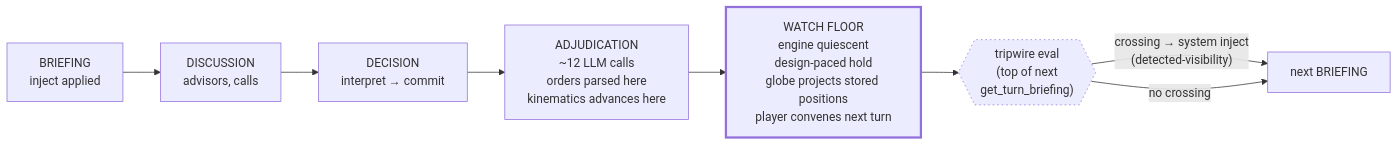
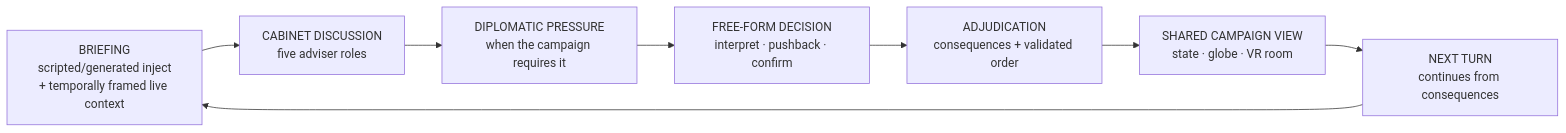
One commit to earlyprototype/false-flag changed the second of 6 diagrams in docs/XR_GLOBE_COMPONENT_MAP.md. Above: the diagram before and after it, drawn with Mermaid. The commit also changed other lines of this file and 50 other files, not shown here.

````diff
--- a/docs/XR_GLOBE_COMPONENT_MAP.md
+++ b/docs/XR_GLOBE_COMPONENT_MAP.md
@@ -119,13 +59,12 @@
 ```mermaid
 flowchart LR
-  B["BRIEFING\ninject applied"] --> D["DISCUSSION\nadvisors, calls"]
-  D --> DE["DECISION\ninterpret → commit"]
-  DE --> A["ADJUDICATION\n~12 LLM calls\norders parsed here\nkinematics advances here"]
-  A --> W["WATCH FLOOR\nengine quiescent\ndesign-paced hold\nglobe projects stored positions\nplayer convenes next turn"]
-  W --> T{{"tripwire eval\n(top of next\nget_turn_briefing)"}}
-  T -->|"crossing → system inject\n(detected-visibility)"| B2["next BRIEFING"]
-  T -->|no crossing| B2
+  B["BRIEFING\nscripted/generated inject\n+ temporally framed live context"]
+  C["CABINET DISCUSSION\nfive adviser roles"]
+  P["DIPLOMATIC PRESSURE\nwhen the campaign requires it"]
+  D["FREE-FORM DECISION\ninterpret · pushback · confirm"]
+  A["ADJUDICATION\nconsequences + validated order"]
+  M["SHARED CAMPAIGN VIEW\nstate · globe · VR room"]
+  N["NEXT TURN\ncontinues from consequences"]
 
-  style W stroke-width:3px
-  style T stroke-dasharray:2 4
+  B --> C --> P --> D --> A --> M --> N --> B
 ```
````
